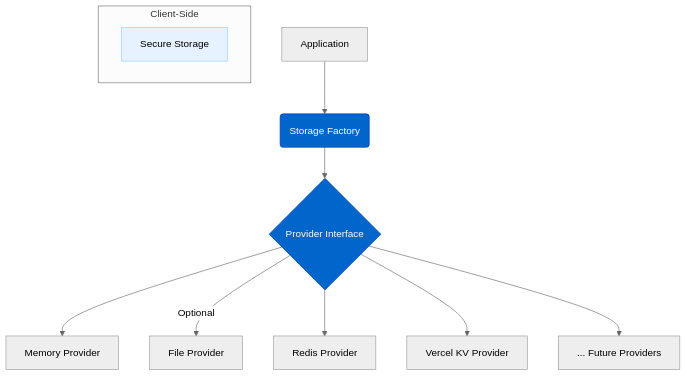
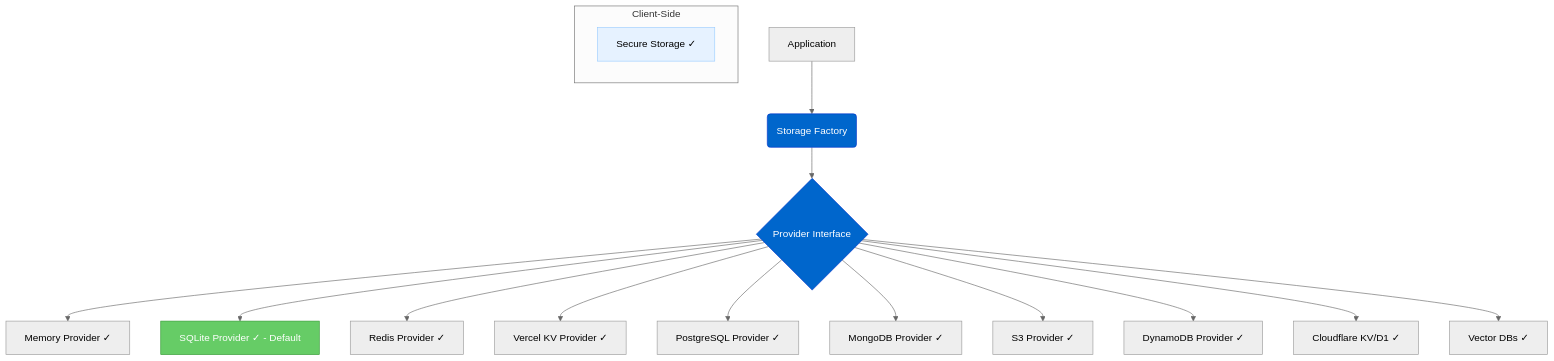
One commit to AgentDock/AgentDock changed the first of 2 diagrams in docs/roadmap/storage-abstraction.md. Above: the diagram before and after it, drawn with Mermaid (neutral theme). The commit also changed other lines of this file and 103 other files, not shown here.

````diff
--- a/docs/roadmap/storage-abstraction.md
+++ b/docs/roadmap/storage-abstraction.md
@@ -28,19 +28,25 @@
 ```mermaid
 graph TD
     A[Application] --> B(Storage Factory)
     B --> C{Provider Interface}
     
-    C --> D[Memory Provider]
-    C -- Optional --> E[File Provider]
-    C --> F[Redis Provider]
-    C --> G[Vercel KV Provider]
-    C --> H[... Future Providers]
+    C --> D[Memory Provider ✓]
+    C --> E[SQLite Provider ✓ - Default]
+    C --> F[Redis Provider ✓]
+    C --> G[Vercel KV Provider ✓]
+    C --> H[PostgreSQL Provider ✓]
+    C --> I[MongoDB Provider ✓]
+    C --> J[S3 Provider ✓]
+    C --> K[DynamoDB Provider ✓]
+    C --> L[Cloudflare KV/D1 ✓]
+    C --> M[Vector DBs ✓]
 
     subgraph ClientSide [Client-Side]
-        I[Secure Storage]
+        N[Secure Storage ✓]
     end
 
     style B fill:#0066cc,color:#ffffff,stroke:#0033cc
     style C fill:#0066cc,color:#ffffff,stroke:#0033cc
-    style I fill:#e6f2ff,stroke:#99ccff
+    style E fill:#66cc66,color:#ffffff,stroke:#339933
+    style N fill:#e6f2ff,stroke:#99ccff
 ```
````
